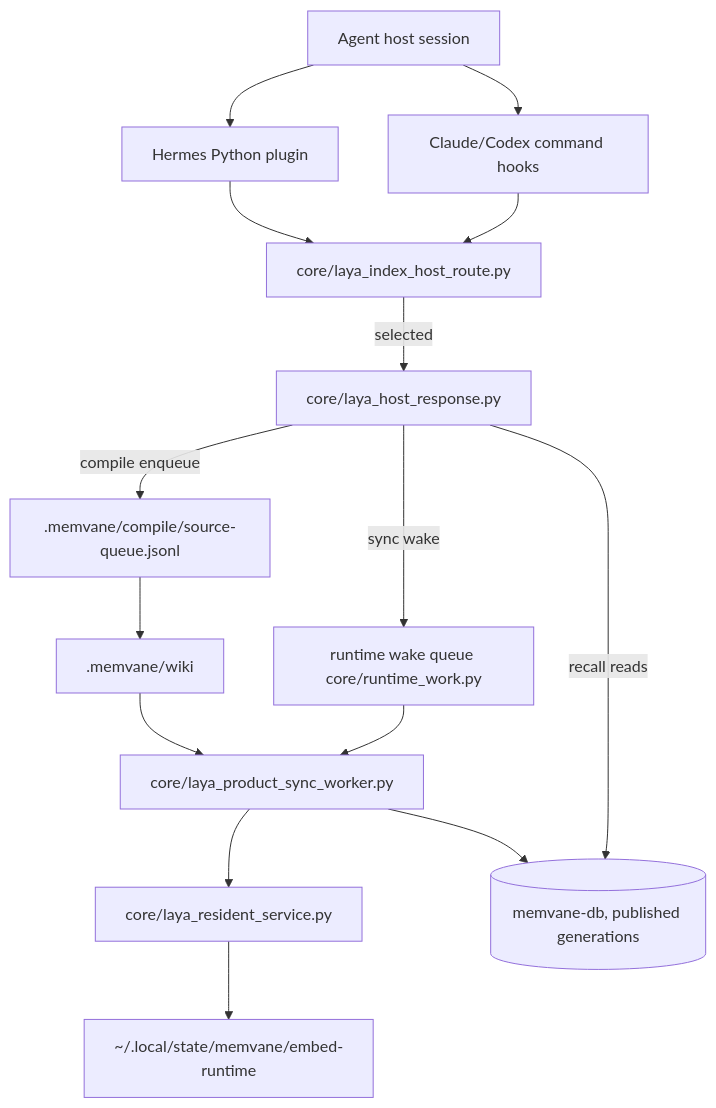
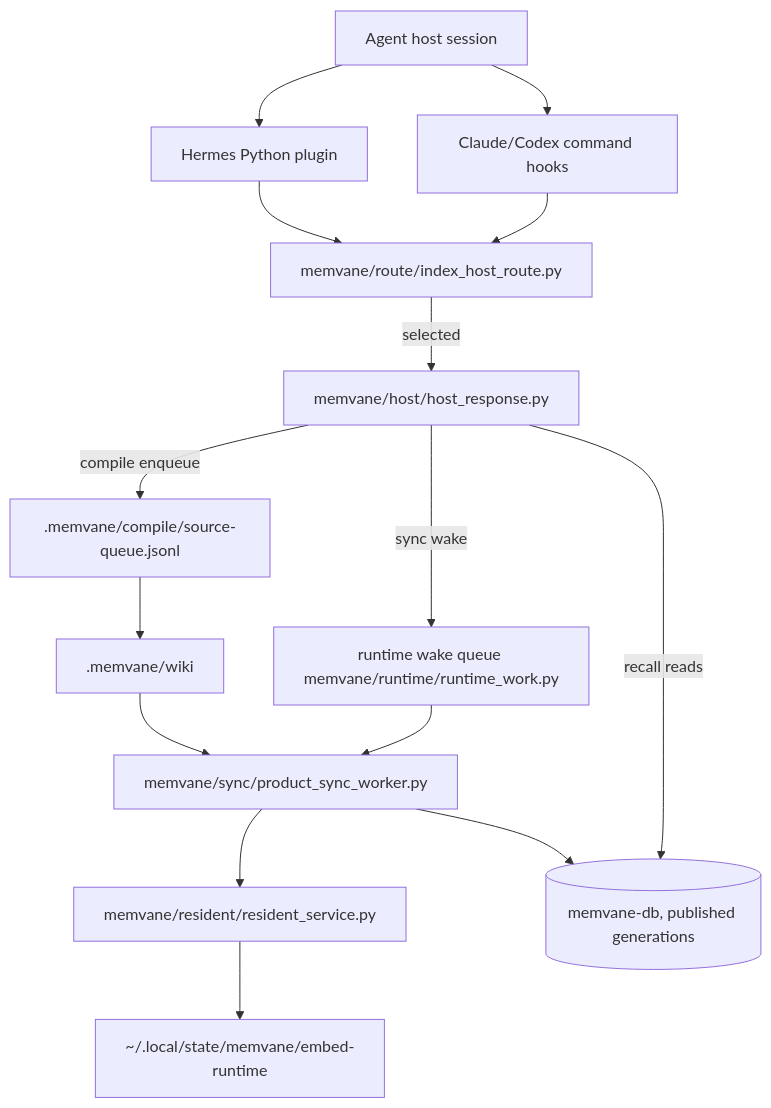
The diagram in docs/architecture.md (zbdulee/memvane), drawn with Mermaid before and after one commit. The commit also changed other lines of this file and 17 other files, not shown here.

````diff
--- a/docs/architecture.md
+++ b/docs/architecture.md
@@ -86,30 +86,30 @@
 ```mermaid
 flowchart TD
     User[Agent host session]
     Claude[Claude/Codex command hooks]
     Hermes[Hermes Python plugin]
-    Route[core/laya_index_host_route.py]
-    Resp[core/laya_host_response.py]
-    Wakes[runtime wake queue core/runtime_work.py]
-    Sync[core/laya_product_sync_worker.py]
-    Resident[core/laya_resident_service.py]
+    Route[memvane/route/index_host_route.py]
+    Resp[memvane/host/host_response.py]
+    Wakes[runtime wake queue memvane/runtime/runtime_work.py]
+    Sync[memvane/sync/product_sync_worker.py]
+    Resident[memvane/resident/resident_service.py]
     Embed[~/.local/state/memvane/embed-runtime]
     Index[(memvane-db, published generations)]
     CompileQ[.memvane/compile/source-queue.jsonl]
     Wiki[.memvane/wiki]
 
     User --> Claude
     User --> Hermes
     Claude --> Route
     Hermes --> Route
     Route -->|selected| Resp
     Resp -->|recall reads| Index
     Resp -->|sync wake| Wakes
     Resp -->|compile enqueue| CompileQ
     Wakes --> Sync
     Sync --> Resident
     Resident --> Embed
     Sync --> Index
     CompileQ --> Wiki
     Wiki --> Sync
 ```
````
